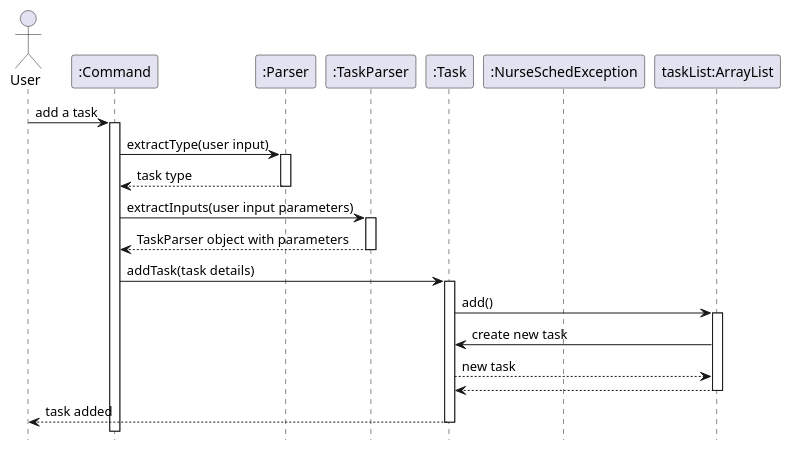
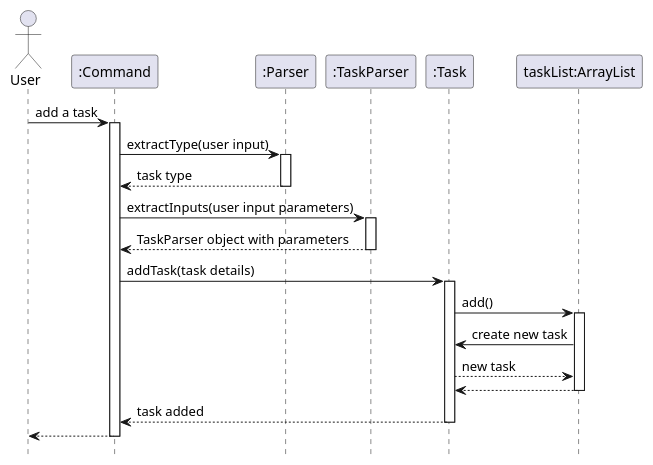
Before and after one commit to AY2425S2-CS2113-T11b-3/tp: the diagram in docs/diagrams/taskSequenceDiagrams/AddTaskSequenceDiagram.puml, drawn with PlantUML. The commit also changed 4 other files, not shown here.

Commit message:
Update DG, add editTask sequence diagram

```diff
--- a/docs/diagrams/taskSequenceDiagrams/AddTaskSequenceDiagram.puml
+++ b/docs/diagrams/taskSequenceDiagrams/AddTaskSequenceDiagram.puml
@@ -1,39 +1,41 @@
 @startuml
 
 hide footbox
 actor User
 participant ":Command" as Command
 participant ":Parser" as Parser
 participant ":TaskParser" as TaskParser
 participant ":Task" as Task
-participant ":NurseSchedException" as NurseSchedException
 participant "taskList:ArrayList" as taskList
 
 User -> Command : add a task
 activate Command
 
 Command -> Parser : extractType(user input)
 activate Parser
 Parser --> Command : task type
 deactivate Parser
 
 Command -> TaskParser : extractInputs(user input parameters)
 activate TaskParser
 TaskParser --> Command : TaskParser object with parameters
 deactivate TaskParser
 
 Command-> Task : addTask(task details)
 activate Task
 
 Task -> taskList : add()
 activate taskList
 
 taskList -> Task : create new task
 Task --> taskList : new task
 taskList --> Task
 deactivate taskList
 
-Task --> User : task added
+Task --> Command : task added
+deactivate Task
+Command --> User
+deactivate Command
 deactivate Task
 
 @enduml
```
